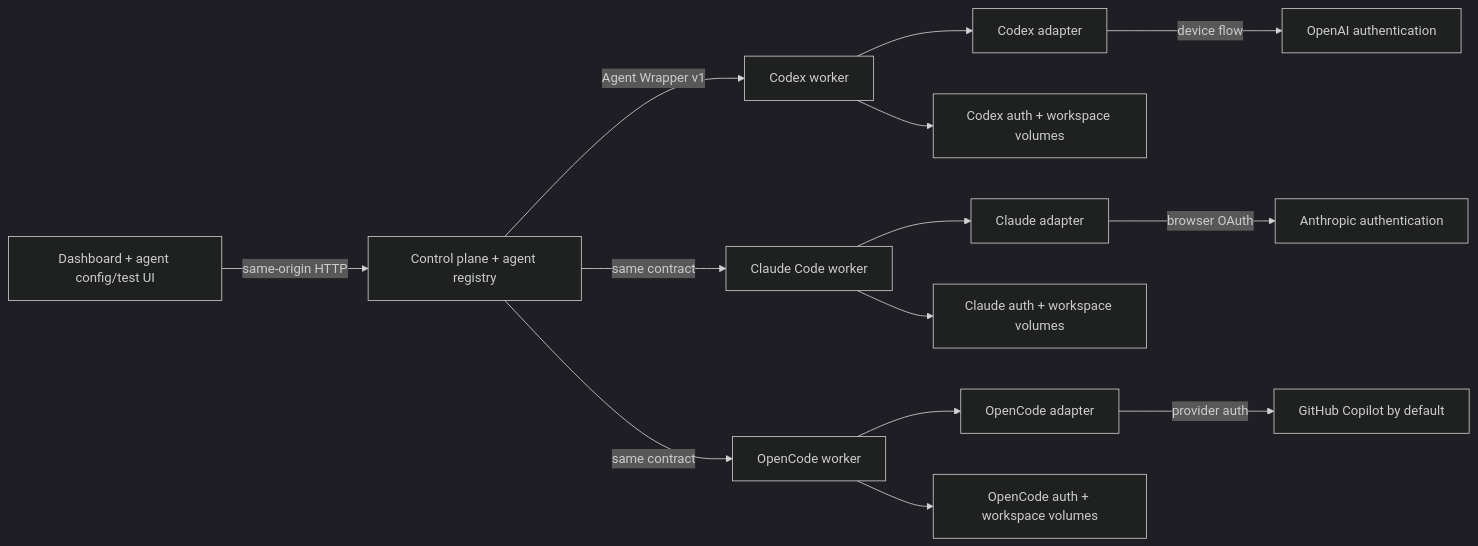
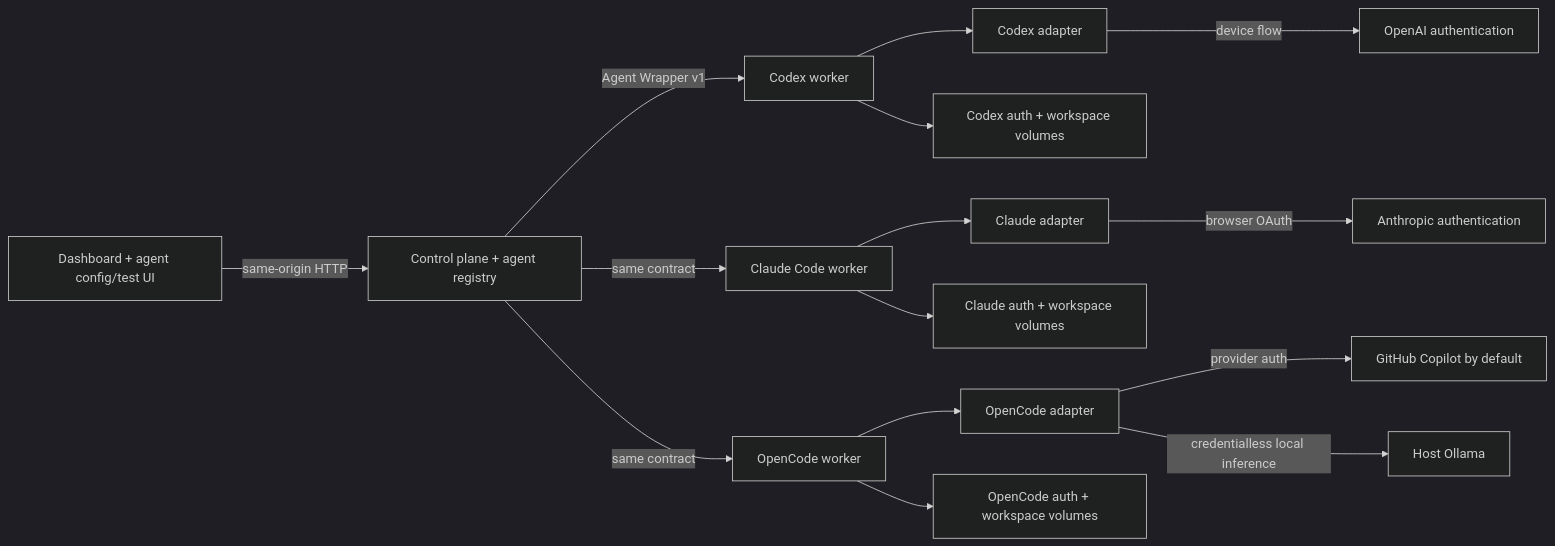
Before and after one commit to alext-avi/agent-dock: the diagram in README.md, drawn with Mermaid (dark theme). The commit also changed other lines of this file and 10 other files, not shown here.

````diff
--- a/README.md
+++ b/README.md
@@ -29,16 +31,17 @@
 ```mermaid
 flowchart LR
   B["Dashboard + agent config/test UI"] -->|"same-origin HTTP"| C["Control plane + agent registry"]
   C -->|"Agent Wrapper v1"| W1["Codex worker"]
   C -->|"same contract"| W2["Claude Code worker"]
   C -->|"same contract"| W3["OpenCode worker"]
   W1 --> A1["Codex adapter"]
   W2 --> A2["Claude adapter"]
   W3 --> A3["OpenCode adapter"]
   A1 -->|"device flow"| O1["OpenAI authentication"]
   A2 -->|"browser OAuth"| O2["Anthropic authentication"]
   A3 -->|"provider auth"| O3["GitHub Copilot by default"]
+  A3 -->|"credentialless local inference"| O4["Host Ollama"]
   W1 --> V1["Codex auth + workspace volumes"]
   W2 --> V2["Claude auth + workspace volumes"]
   W3 --> V3["OpenCode auth + workspace volumes"]
 ```
````
